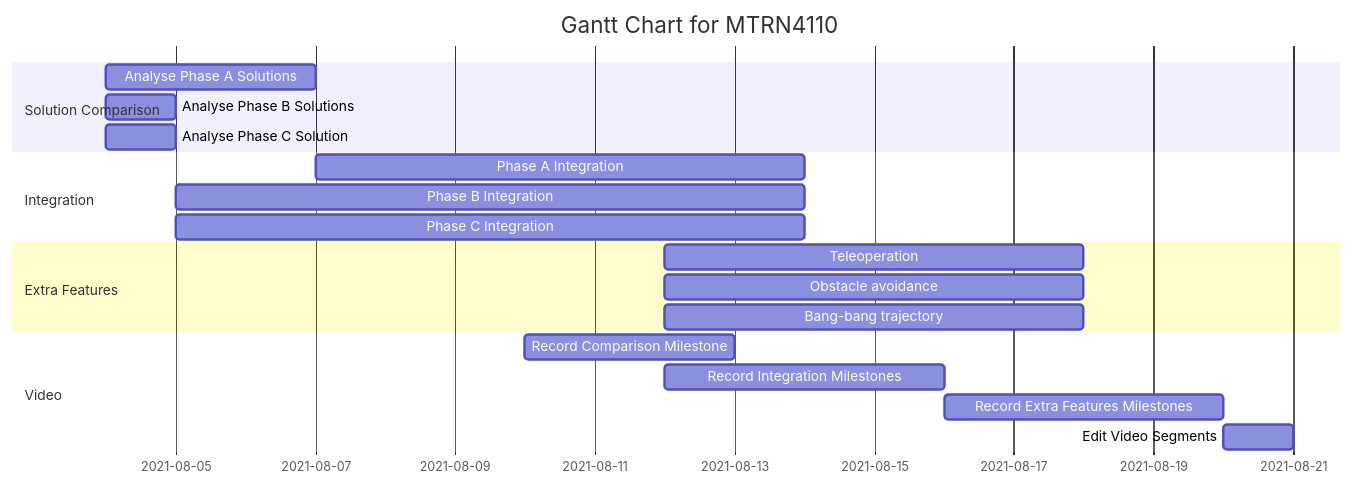
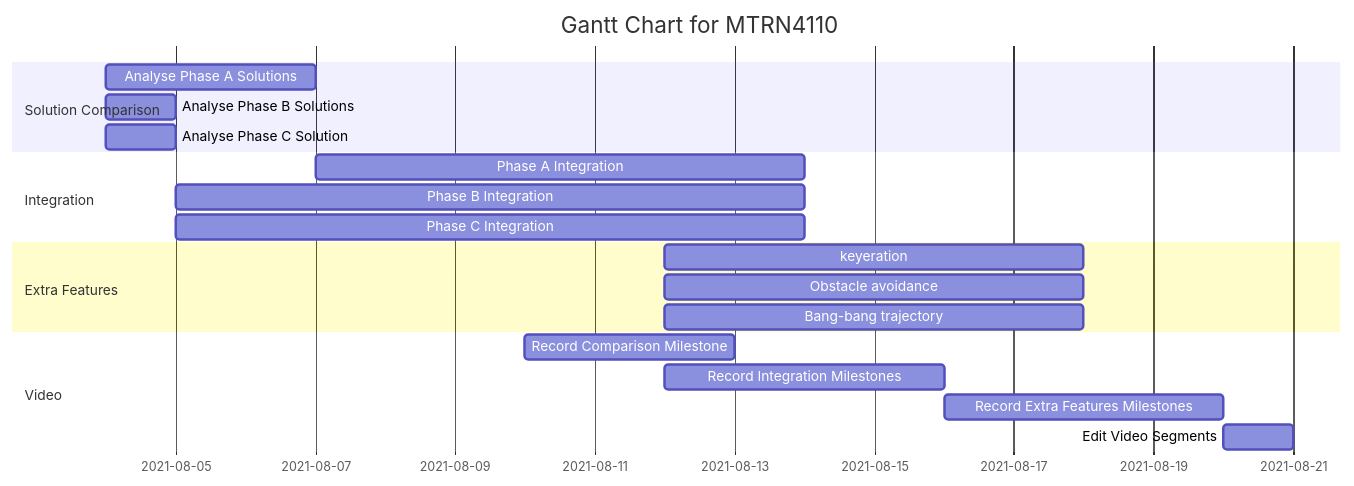
The second of 2 diagrams in README.md (dennuguyen/mtrn4110-proj), drawn with Mermaid before and after one commit. The commit also changed other lines of this file, not shown here.

````diff
--- a/README.md
+++ b/README.md
@@ -7,25 +228,25 @@
 ```mermaid
 gantt
     title Gantt Chart for MTRN4110
     dateFormat  DD-MM-YYYY
     section Solution Comparison
     Analyse Phase A Solutions       :04-08-2021, 07-08-2021
     Analyse Phase B Solutions       :04-08-2021, 05-08-2021
     Analyse Phase C Solution        :04-08-2021, 05-08-2021
 
     section Integration
     Phase A Integration             :07-08-2021, 7d
     Phase B Integration             :05-08-2021, 9d
     Phase C Integration             :05-08-2021, 9d
 
     section Extra Features
-    Teleoperation              :12-08-2021, 6d
+    keyeration              :12-08-2021, 6d
     Obstacle avoidance         :12-08-2021, 6d
     Bang-bang trajectory       :12-08-2021, 6d
 
     section Video
     Record Comparison Milestone           :10-08-2021, 3d
     Record Integration Milestones         :12-08-2021, 4d
     Record Extra Features Milestones      :16-08-2021, 4d
     Edit Video Segments                   :20-08-2021, 1d
 ```
````
